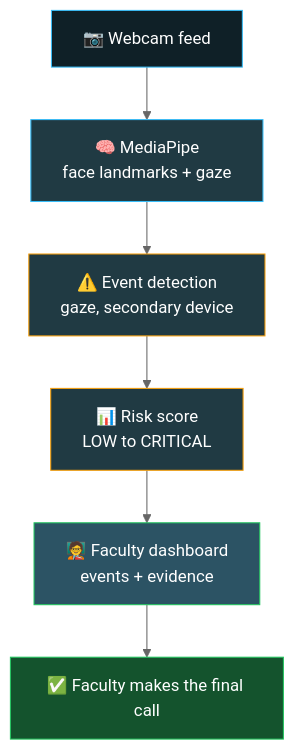
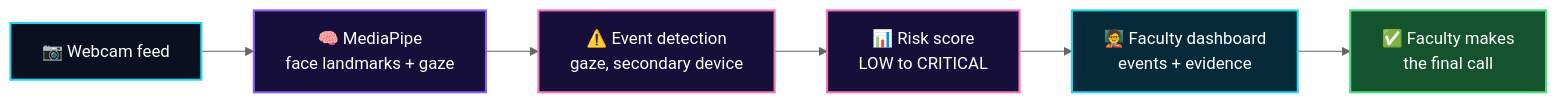
The diagram in README.md (Fayaz0267/Fayaz0267), drawn with Mermaid (neutral theme) before and after one commit. The commit also changed other lines of this file, not shown here.

````diff
--- a/README.md
+++ b/README.md
@@ -90,15 +91,15 @@
 ```mermaid
-flowchart TD
+flowchart LR
     A[📷 Webcam feed] --> B[🧠 MediaPipe<br/>face landmarks + gaze]
     B --> C[⚠️ Event detection<br/>gaze, secondary device]
     C --> D[📊 Risk score<br/>LOW to CRITICAL]
     D --> E[🧑‍🏫 Faculty dashboard<br/>events + evidence]
-    E --> F[✅ Faculty makes the final call]
+    E --> F[✅ Faculty makes<br/>the final call]
 
-    style A fill:#0f2027,stroke:#38bdf8,color:#ffffff
-    style B fill:#203a43,stroke:#38bdf8,color:#ffffff
-    style C fill:#203a43,stroke:#f59e0b,color:#ffffff
-    style D fill:#203a43,stroke:#f59e0b,color:#ffffff
-    style E fill:#2c5364,stroke:#22c55e,color:#ffffff
-    style F fill:#14532d,stroke:#22c55e,color:#ffffff
+    style A fill:#0b1020,stroke:#22d3ee,stroke-width:2px,color:#ffffff
+    style B fill:#150f3a,stroke:#8b5cf6,stroke-width:2px,color:#ffffff
+    style C fill:#150f3a,stroke:#f472b6,stroke-width:2px,color:#ffffff
+    style D fill:#150f3a,stroke:#f472b6,stroke-width:2px,color:#ffffff
+    style E fill:#062a3a,stroke:#22d3ee,stroke-width:2px,color:#ffffff
+    style F fill:#14532d,stroke:#4ade80,stroke-width:2px,color:#ffffff
 ```
````
